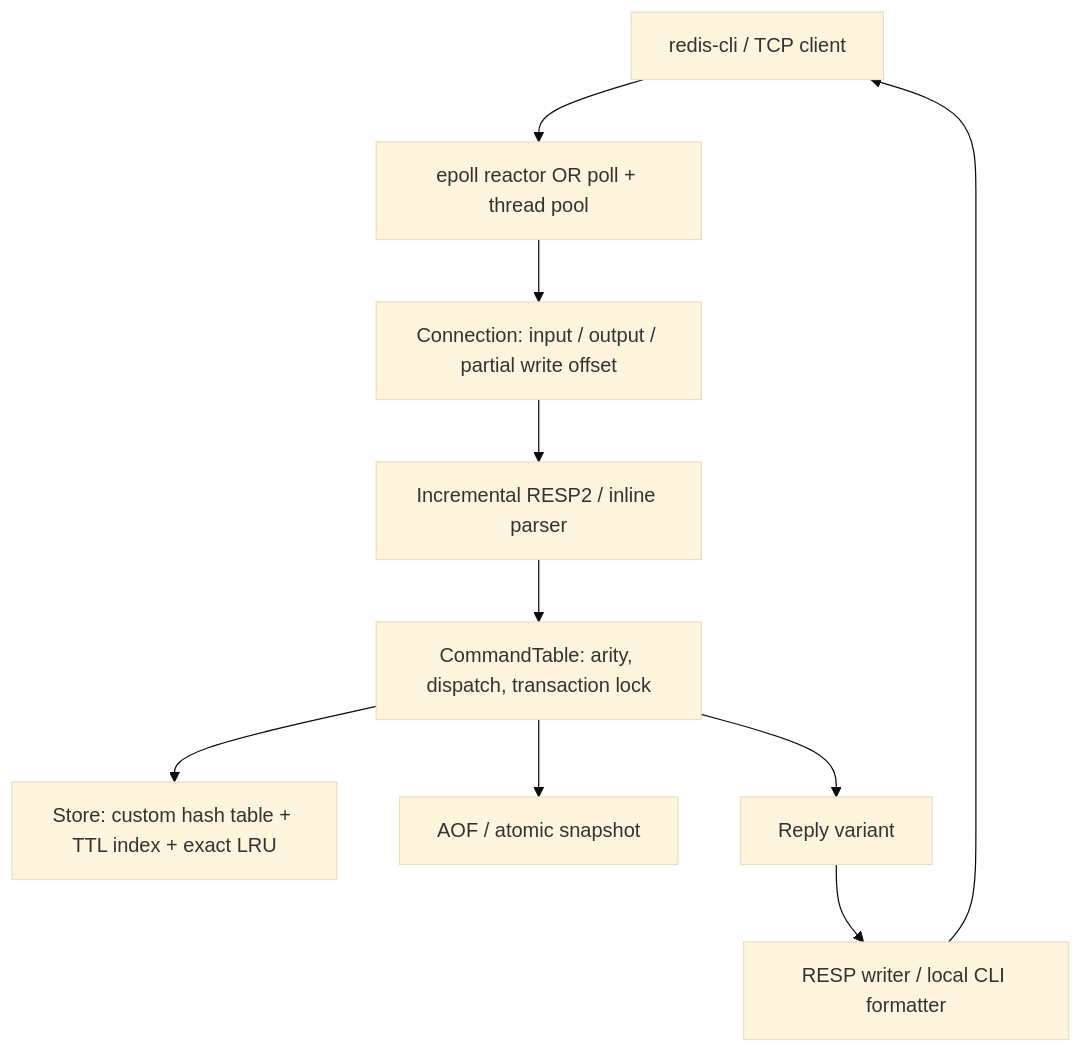
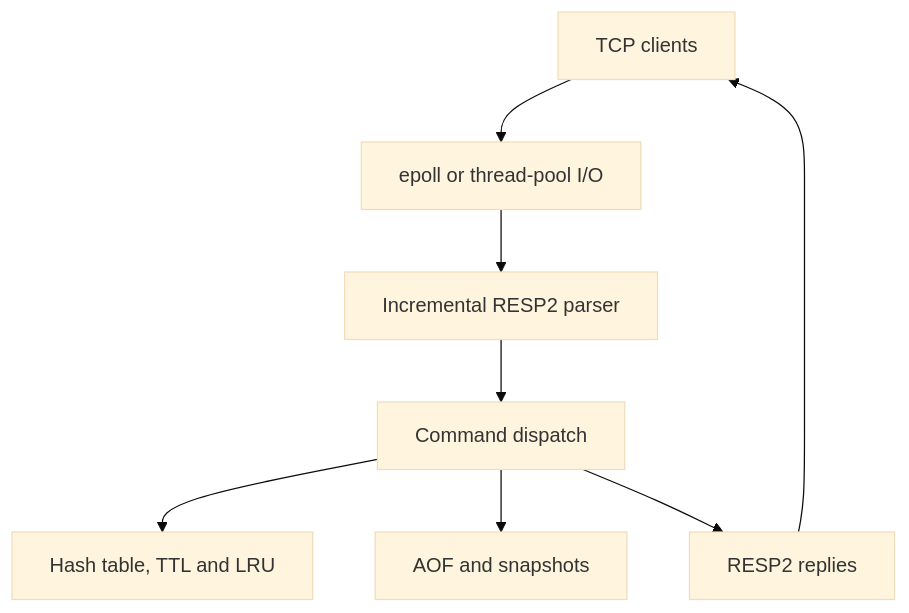
One commit to risbh19/mini-redis changed the diagram in README.md. Above: the diagram before and after it, drawn with Mermaid (base theme). The commit also changed other lines of this file, not shown here.

Commit message:
Refresh the mini-redis README

````diff
--- a/README.md
+++ b/README.md
@@ -128,12 +154,10 @@
 ```mermaid
 flowchart TD
-  client[redis-cli / TCP client] --> io[epoll reactor OR poll + thread pool]
-  io --> connection[Connection: input / output / partial write offset]
-  connection --> parser[Incremental RESP2 / inline parser]
-  parser --> commands[CommandTable: arity, dispatch, transaction lock]
-  commands --> store[Store: custom hash table + TTL index + exact LRU]
-  commands --> persistence[AOF / atomic snapshot]
-  commands --> reply[Reply variant]
-  reply --> writer[RESP writer / local CLI formatter]
-  writer --> client
+  client["TCP clients"] --> io["epoll or thread-pool I/O"]
+  io --> parser["Incremental RESP2 parser"]
+  parser --> commands["Command dispatch"]
+  commands --> store["Hash table, TTL and LRU"]
+  commands --> persist["AOF and snapshots"]
+  commands --> reply["RESP2 replies"]
+  reply --> client
 ```
````
